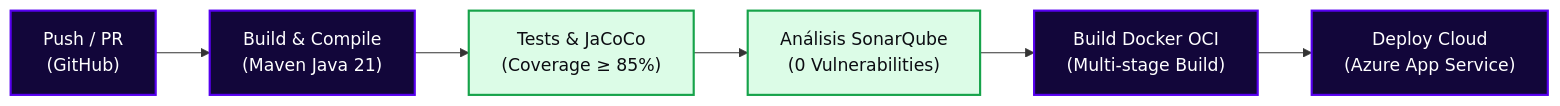
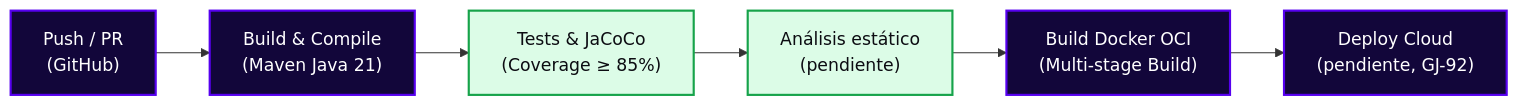
The second of 2 diagrams in README.md (StyleRadar1/GJ-Notification-Service), drawn with Mermaid before and after one commit. The commit also changed other lines of this file, not shown here.

Commit message:
docs(readme): retirar badges de qa, prod y sonar sin respaldo y corregir enlaces de jira

````diff
--- a/README.md
+++ b/README.md
@@ -692,14 +683,14 @@
 ```mermaid
 flowchart LR
     A["Push / PR<br>(GitHub)"] --> B["Build & Compile<br>(Maven Java 21)"]
     B --> C["Tests & JaCoCo<br>(Coverage ≥ 85%)"]
-    C --> D["Análisis SonarQube<br>(0 Vulnerabilities)"]
+    C --> D["Análisis estático<br>(pendiente)"]
     D --> E["Build Docker OCI<br>(Multi-stage Build)"]
-    E --> F["Deploy Cloud<br>(Azure App Service)"]
+    E --> F["Deploy Cloud<br>(pendiente, GJ-92)"]
 
     classDef step fill:#12063A,stroke:#5600EF,stroke-width:2px,color:#FFFFFF;
     classDef pass fill:#DCFCE7,stroke:#16A34A,stroke-width:2px,color:#0C0C12;
 
     class A,B,E,F step;
     class C,D pass;
 ```
````
